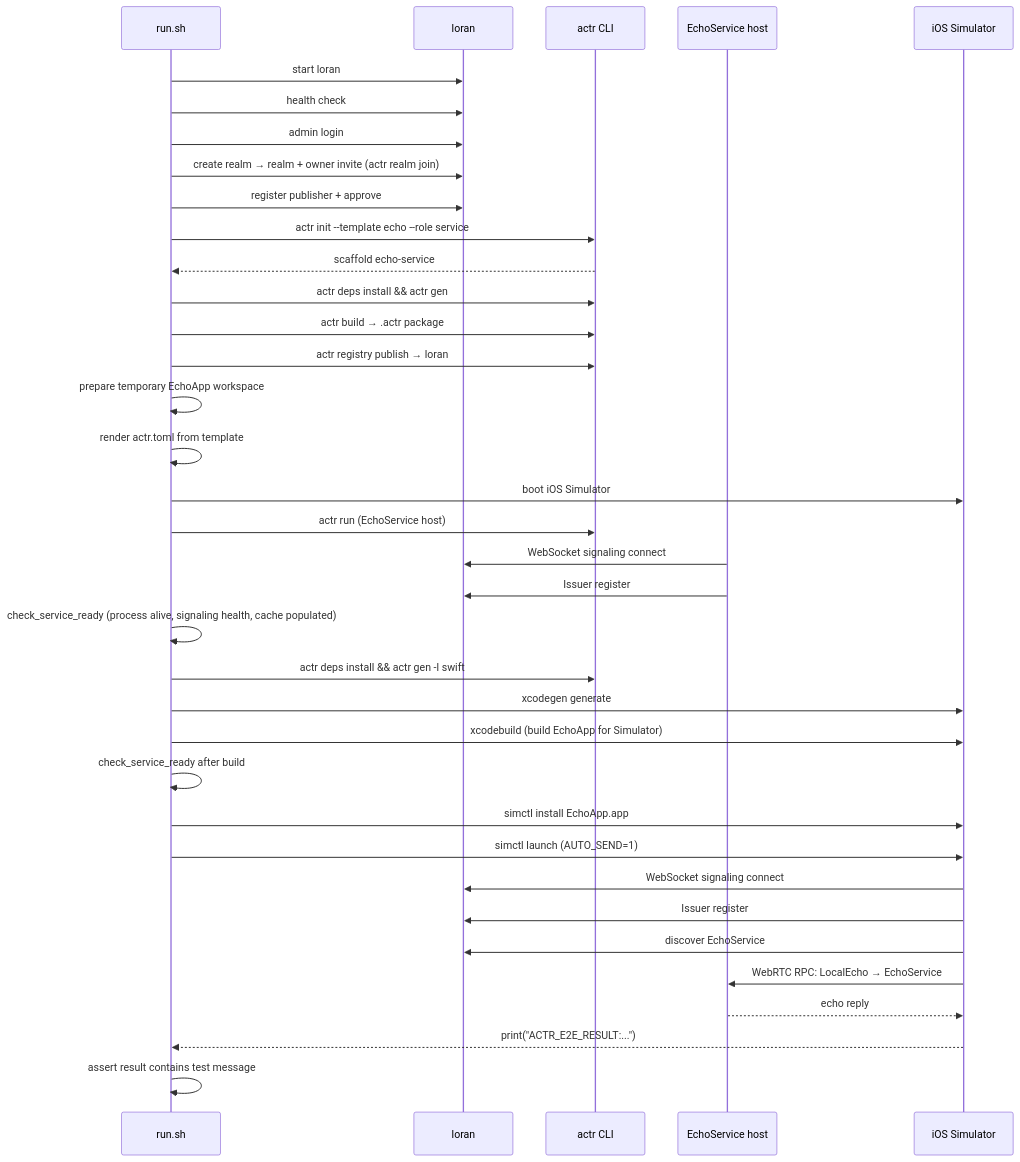
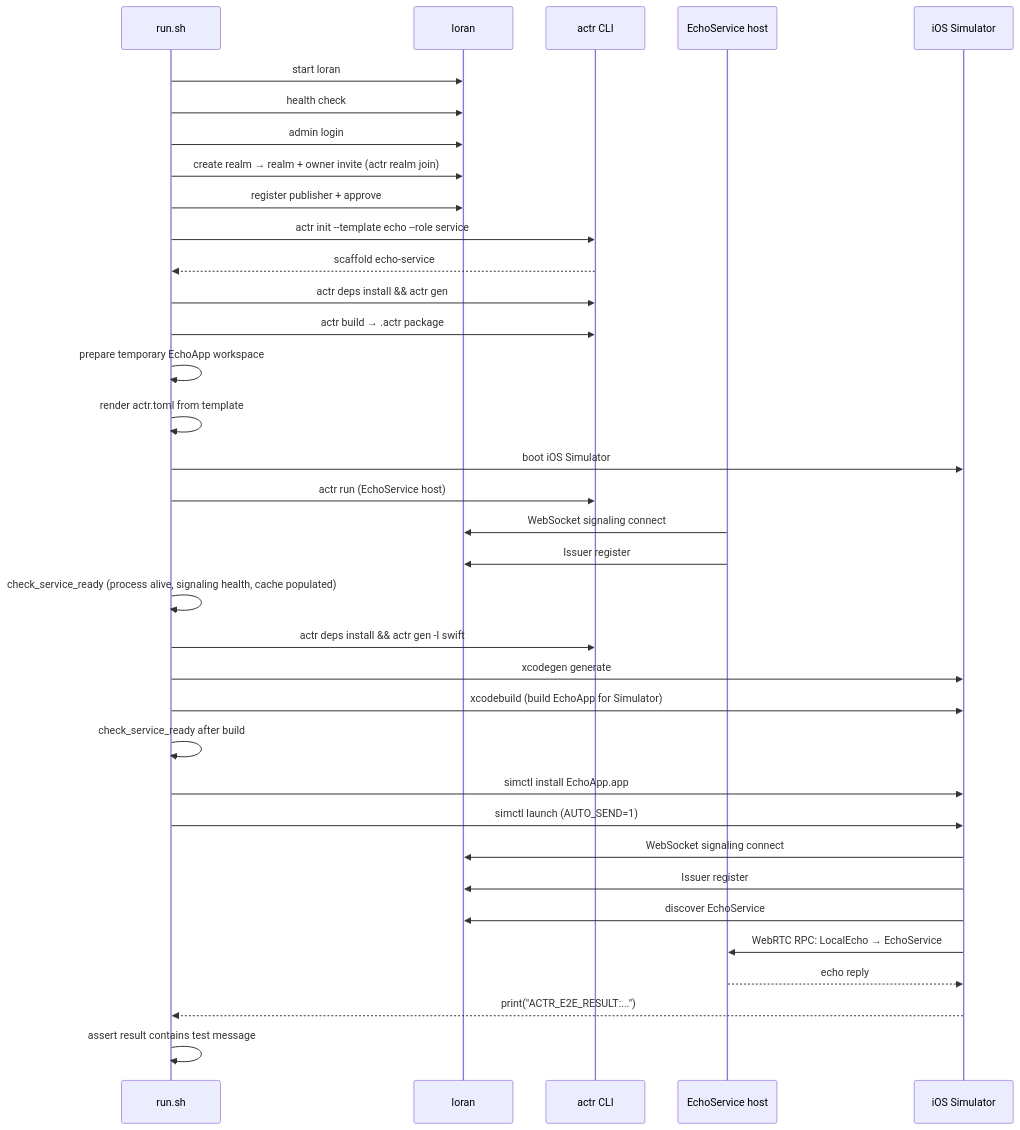
One commit to Actrium/actrium changed the second of 2 diagrams in tests/e2e/actr/swift-echo-app/README.md. Above: the diagram before and after it, drawn with Mermaid. The commit also changed 79 other files, not shown here.

````diff
--- a/tests/e2e/actr/swift-echo-app/README.md
+++ b/tests/e2e/actr/swift-echo-app/README.md
@@ -36,44 +36,43 @@
 ```mermaid
 sequenceDiagram
     participant CI as run.sh
     participant AX as loran
     participant CLI as actr CLI
     participant ES as EchoService host
     participant SIM as iOS Simulator
 
     CI->>AX: start loran
     CI->>AX: health check
     CI->>AX: admin login
     CI->>AX: create realm → realm + owner invite (actr realm join)
     CI->>AX: register publisher + approve
 
     CI->>CLI: actr init --template echo --role service
     CLI-->>CI: scaffold echo-service
     CI->>CLI: actr deps install && actr gen
     CI->>CLI: actr build → .actr package
-    CI->>CLI: actr registry publish → loran
 
     CI->>CI: prepare temporary EchoApp workspace
     CI->>CI: render actr.toml from template
     CI->>SIM: boot iOS Simulator
 
     CI->>CLI: actr run (EchoService host)
     ES->>AX: WebSocket signaling connect
     ES->>AX: Issuer register
     CI->>CI: check_service_ready (process alive, signaling health, cache populated)
     CI->>CLI: actr deps install && actr gen -l swift
     CI->>SIM: xcodegen generate
     CI->>SIM: xcodebuild (build EchoApp for Simulator)
     CI->>CI: check_service_ready after build
 
     CI->>SIM: simctl install EchoApp.app
     CI->>SIM: simctl launch (AUTO_SEND=1)
 
     SIM->>AX: WebSocket signaling connect
     SIM->>AX: Issuer register
     SIM->>AX: discover EchoService
     SIM->>ES: WebRTC RPC: LocalEcho → EchoService
     ES-->>SIM: echo reply
     SIM-->>CI: print("ACTR_E2E_RESULT:...")
     CI->>CI: assert result contains test message
 ```
````
